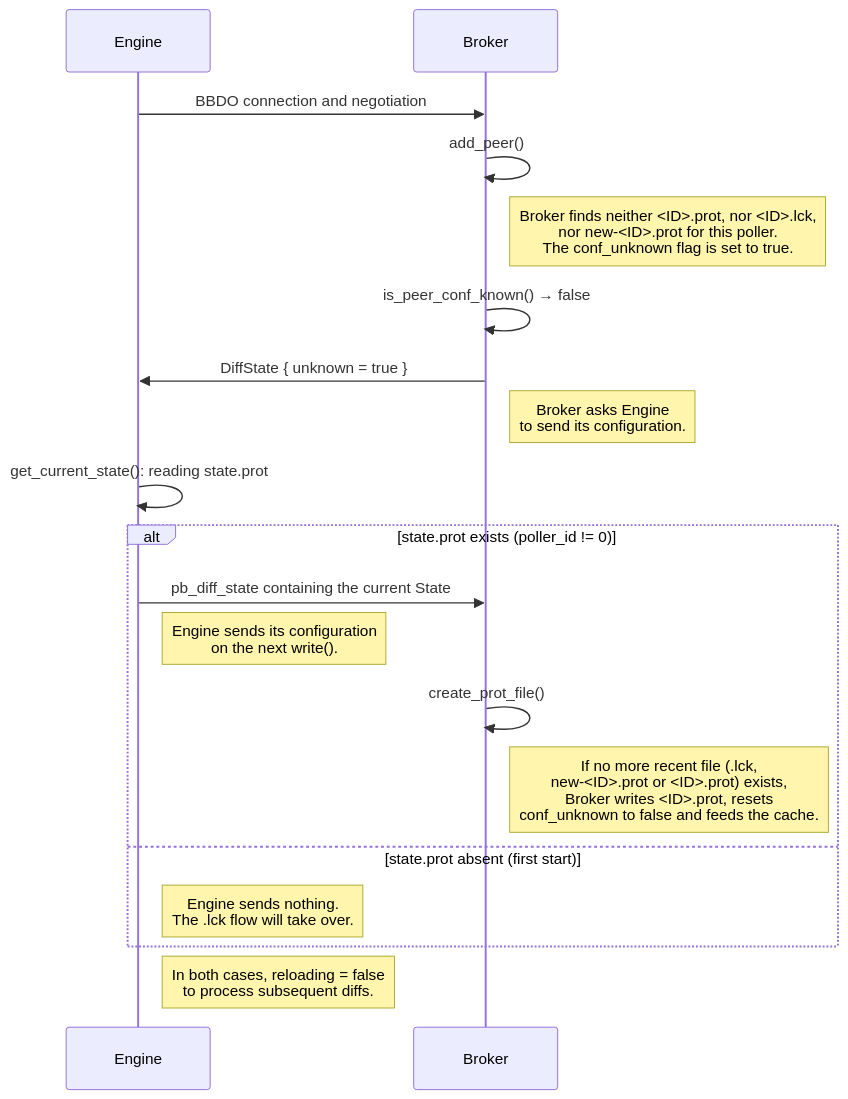
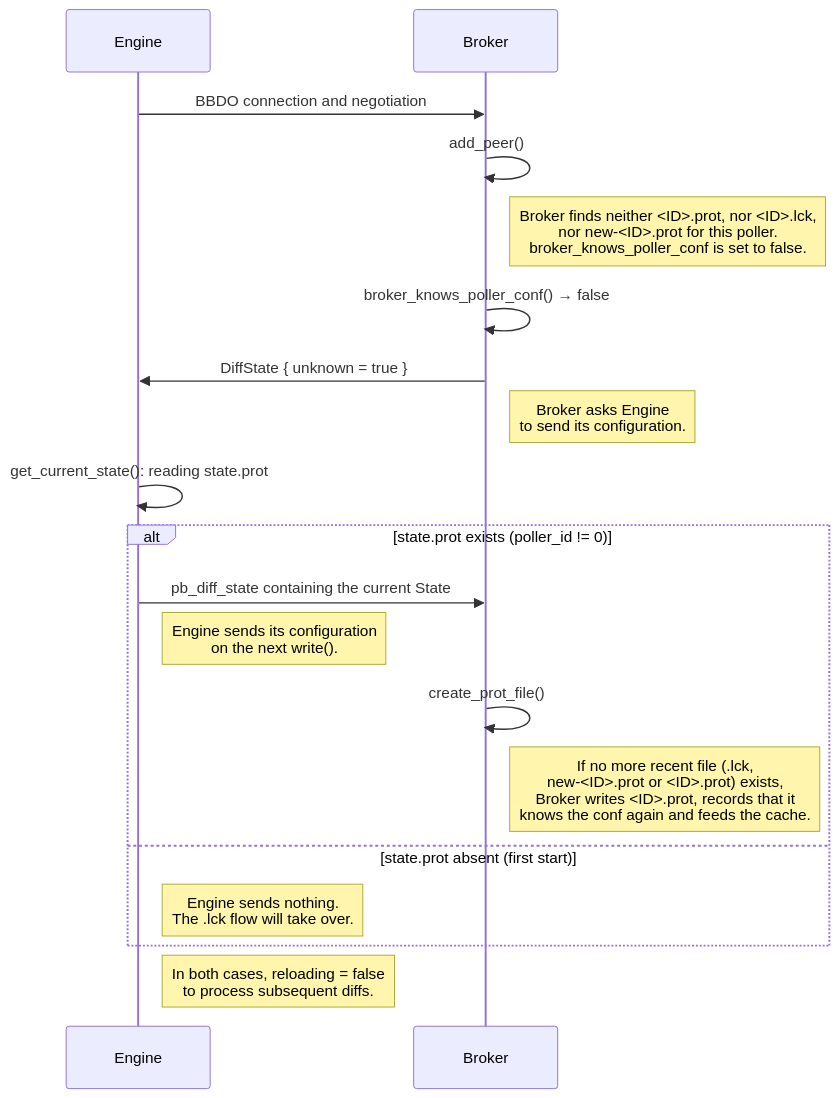
Before and after one commit to centreon/centreon-collect: diagram 11 of 44 in doc/nego-engine-broker-en.md, drawn with Mermaid. The commit also changed other lines of this file and 14 other files, not shown here.

````diff
--- a/doc/nego-engine-broker-en.md
+++ b/doc/nego-engine-broker-en.md
@@ -1570,22 +1587,22 @@
 ```mermaid
 sequenceDiagram
     participant E as Engine
     participant B as Broker
 
     E ->> B: BBDO connection and negotiation
     B ->> B: add_peer()
-    note right of B: Broker finds neither <ID>.prot, nor <ID>.lck,<br/>nor new-<ID>.prot for this poller.<br/>The conf_unknown flag is set to true.
-    B ->> B: is_peer_conf_known() → false
+    note right of B: Broker finds neither <ID>.prot, nor <ID>.lck,<br/>nor new-<ID>.prot for this poller.<br/>broker_knows_poller_conf is set to false.
+    B ->> B: broker_knows_poller_conf() → false
     B ->> E: DiffState { unknown = true }
     note right of B: Broker asks Engine<br/>to send its configuration.
     E ->> E: get_current_state(): reading state.prot
     alt state.prot exists (poller_id != 0)
         E ->> B: pb_diff_state containing the current State
         note right of E: Engine sends its configuration<br/>on the next write().
         B ->> B: create_prot_file()
-        note right of B: If no more recent file (.lck,<br/>new-<ID>.prot or <ID>.prot) exists,<br/>Broker writes <ID>.prot, resets<br/>conf_unknown to false and feeds the cache.
+        note right of B: If no more recent file (.lck,<br/>new-<ID>.prot or <ID>.prot) exists,<br/>Broker writes <ID>.prot, records that it<br/>knows the conf again and feeds the cache.
     else state.prot absent (first start)
         note right of E: Engine sends nothing.<br/>The .lck flow will take over.
     end
     note right of E: In both cases, reloading = false<br/>to process subsequent diffs.
 ```
````
